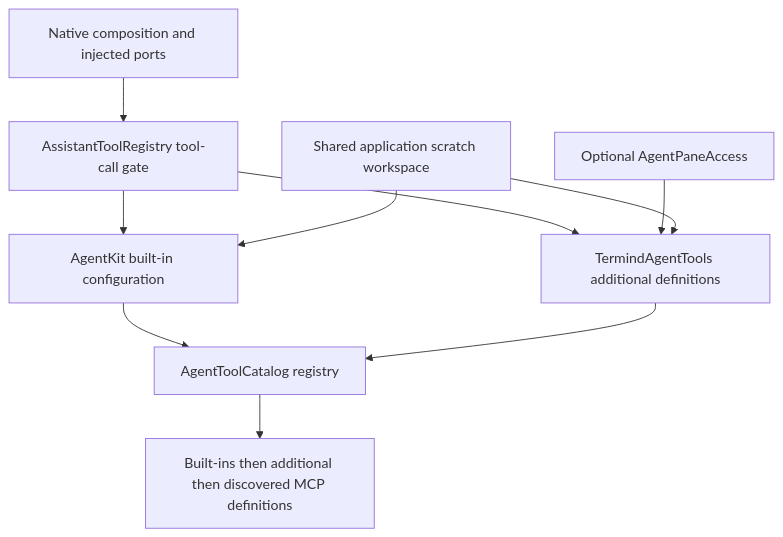
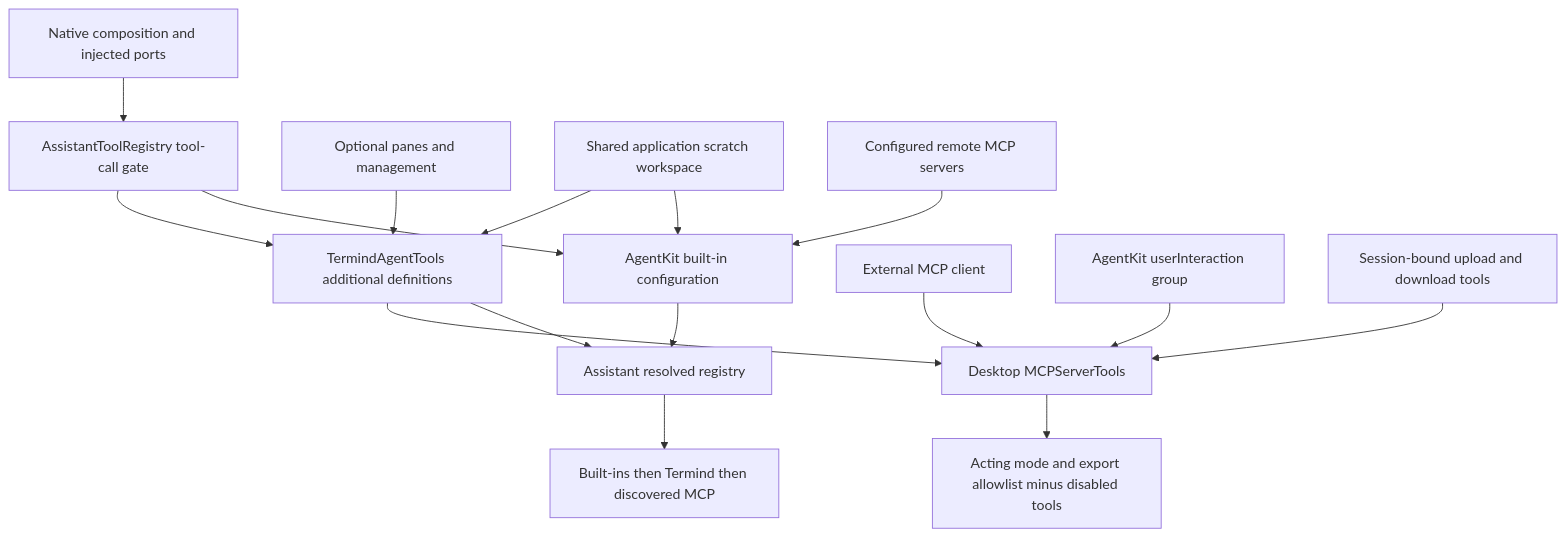
One commit to AkinoKaede/Termind changed the seventh of 7 diagrams in openwiki/architecture/system-boundaries.md. Above: the diagram before and after it, drawn with Mermaid. The commit also changed other lines of this file and 59 other files, not shown here.

````diff
--- a/openwiki/architecture/system-boundaries.md
+++ b/openwiki/architecture/system-boundaries.md
@@ -340,12 +361,18 @@
 ```mermaid
 flowchart TD
     Composition["Native composition and injected ports"] --> Registry["AssistantToolRegistry tool-call gate"]
     Registry --> BuiltIn["AgentKit built-in configuration"]
     Registry --> RemoteTools["TermindAgentTools additional definitions"]
-    BuiltIn --> Catalog["AgentToolCatalog registry"]
+    BuiltIn --> Catalog["Assistant resolved registry"]
     RemoteTools --> Catalog
-    PaneAccess["Optional AgentPaneAccess"] --> RemoteTools
+    Capabilities["Optional panes and management"] --> RemoteTools
     Scratch["Shared application scratch workspace"] --> BuiltIn
     Scratch --> RemoteTools
-    Catalog --> Resolved["Built-ins then additional then discovered MCP definitions"]
+    Servers["Configured remote MCP servers"] --> BuiltIn
+    Catalog --> Resolved["Built-ins then Termind then discovered MCP"]
+    External["External MCP client"] --> Export["Desktop MCPServerTools"]
+    RemoteTools --> Export
+    Secret["AgentKit userInteraction group"] --> Export
+    Transfers["Session-bound upload and download tools"] --> Export
+    Export --> Filter["Acting mode and export allowlist minus disabled tools"]
 ```
````
